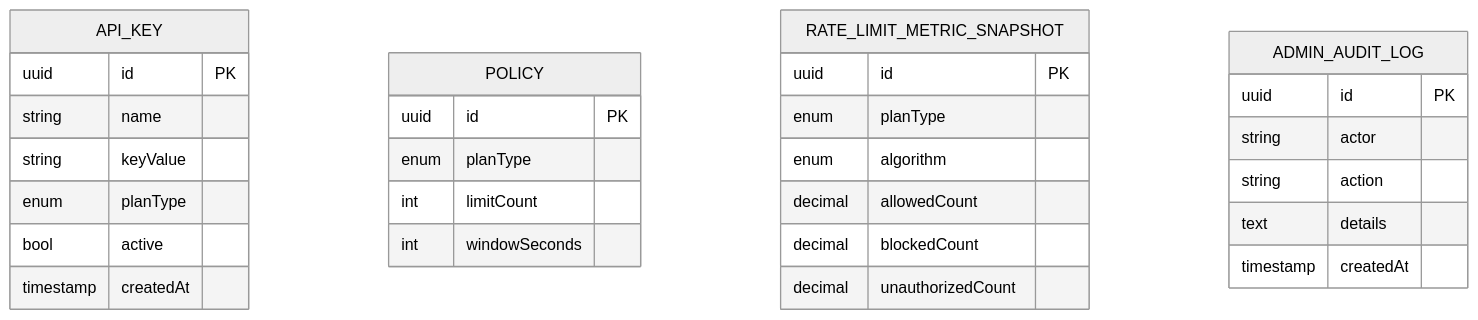
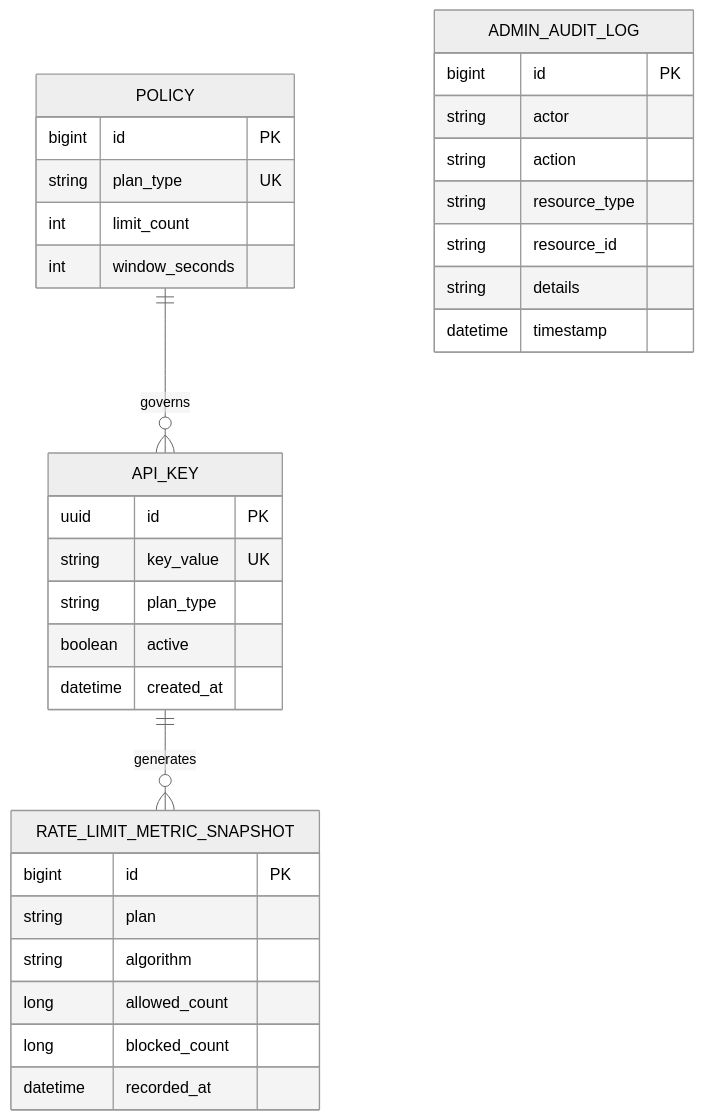
The fifth of 5 diagrams in README.md (Kailas2004/polaris-api-monitoring), drawn with Mermaid (neutral theme) before and after one commit. The commit also changed other lines of this file, not shown here.

First line of the commit message:
Docs: rewrite README with accurate architecture, algorithms, and API docs

````diff
--- a/README.md
+++ b/README.md
@@ -142,32 +226,39 @@
 ```mermaid
 erDiagram
+    POLICY ||--o{ API_KEY : governs
+    API_KEY ||--o{ RATE_LIMIT_METRIC_SNAPSHOT : generates
+
     API_KEY {
-        uuid id PK
-        string name
-        string keyValue
-        enum planType
-        bool active
-        timestamp createdAt
+      uuid id PK
+      string key_value UK
+      string plan_type
+      boolean active
+      datetime created_at
     }
+
     POLICY {
-        uuid id PK
-        enum planType
-        int limitCount
-        int windowSeconds
+      bigint id PK
+      string plan_type UK
+      int limit_count
+      int window_seconds
     }
+
+    ADMIN_AUDIT_LOG {
+      bigint id PK
+      string actor
+      string action
+      string resource_type
+      string resource_id
+      string details
+      datetime timestamp
+    }
+
     RATE_LIMIT_METRIC_SNAPSHOT {
-        uuid id PK
-        enum planType
-        enum algorithm
-        decimal allowedCount
-        decimal blockedCount
-        decimal unauthorizedCount
-    }
-    ADMIN_AUDIT_LOG {
-        uuid id PK
-        string actor
-        string action
-        text details
-        timestamp createdAt
+      bigint id PK
+      string plan
+      string algorithm
+      long allowed_count
+      long blocked_count
+      datetime recorded_at
     }
 ```
````
